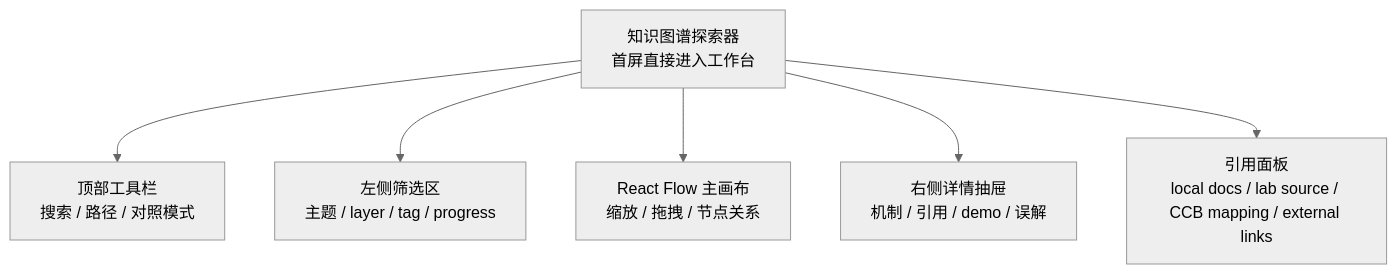
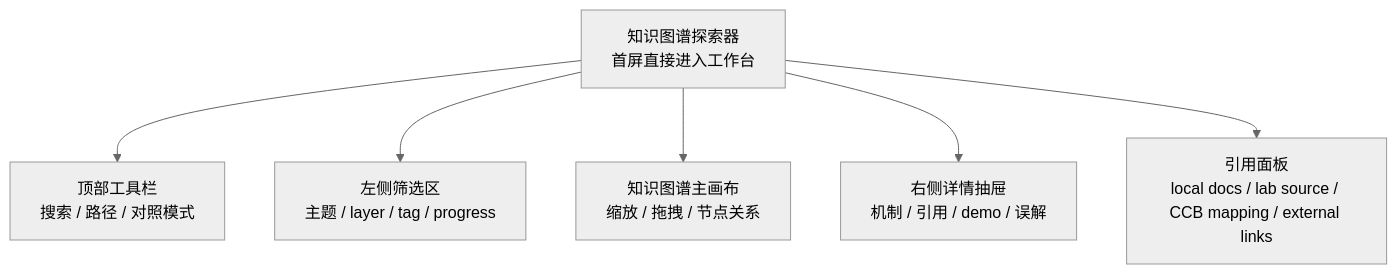
The first of 3 diagrams in apps/knowledge-graph/docs/overall-design.md (JasonxzWen/agent-harness-lab), drawn with Mermaid (neutral theme) before and after one commit. The commit also changed other lines of this file and 10 other files, not shown here.

Commit message:
feat: add typed harness graph data

````diff
--- a/apps/knowledge-graph/docs/overall-design.md
+++ b/apps/knowledge-graph/docs/overall-design.md
@@ -17,8 +17,8 @@
 ```mermaid
 flowchart TD
     A["知识图谱探索器<br/>首屏直接进入工作台"] --> B["顶部工具栏<br/>搜索 / 路径 / 对照模式"]
     A --> C["左侧筛选区<br/>主题 / layer / tag / progress"]
-    A --> D["React Flow 主画布<br/>缩放 / 拖拽 / 节点关系"]
+    A --> D["知识图谱主画布<br/>缩放 / 拖拽 / 节点关系"]
     A --> E["右侧详情抽屉<br/>机制 / 引用 / demo / 误解"]
     A --> F["引用面板<br/>local docs / lab source / CCB mapping / external links"]
 ```
````
